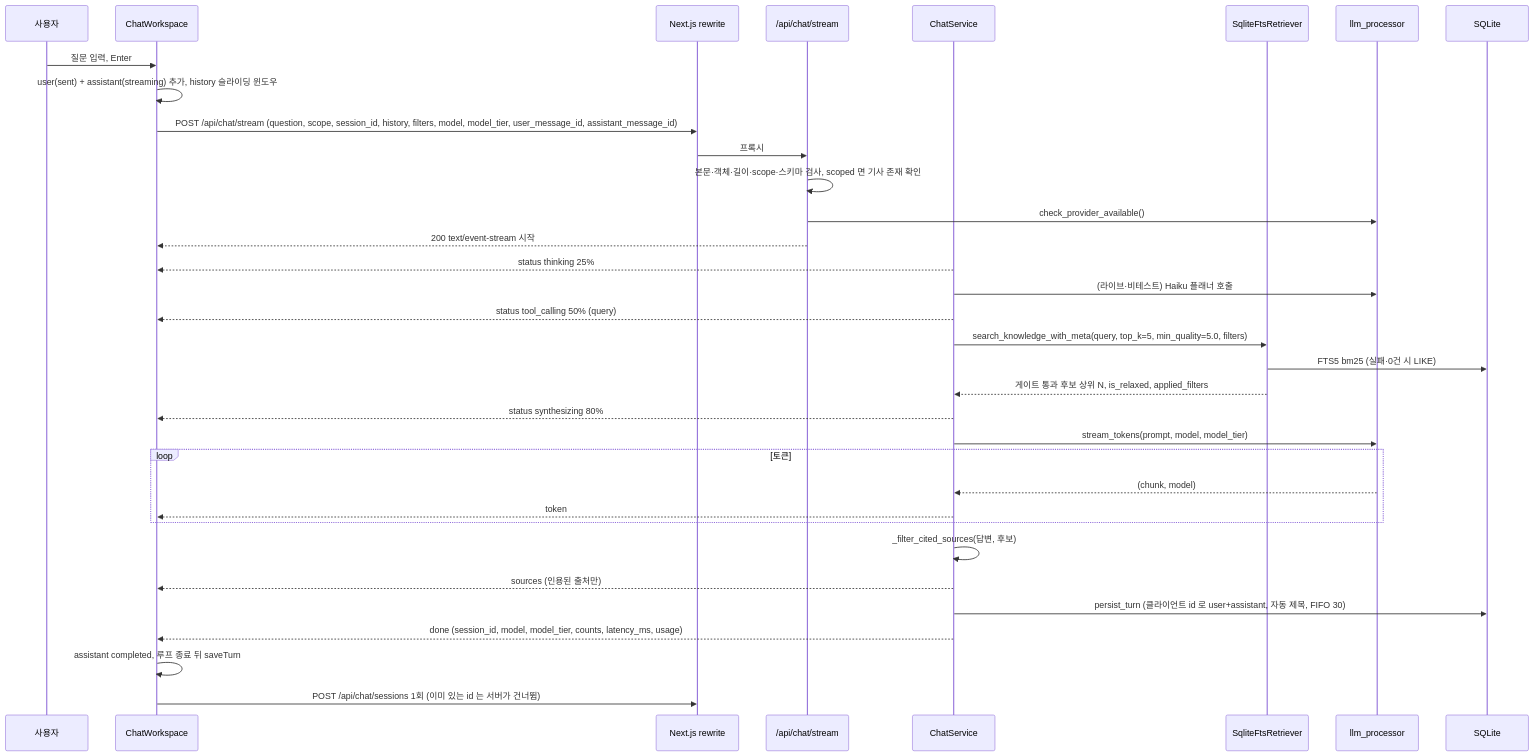
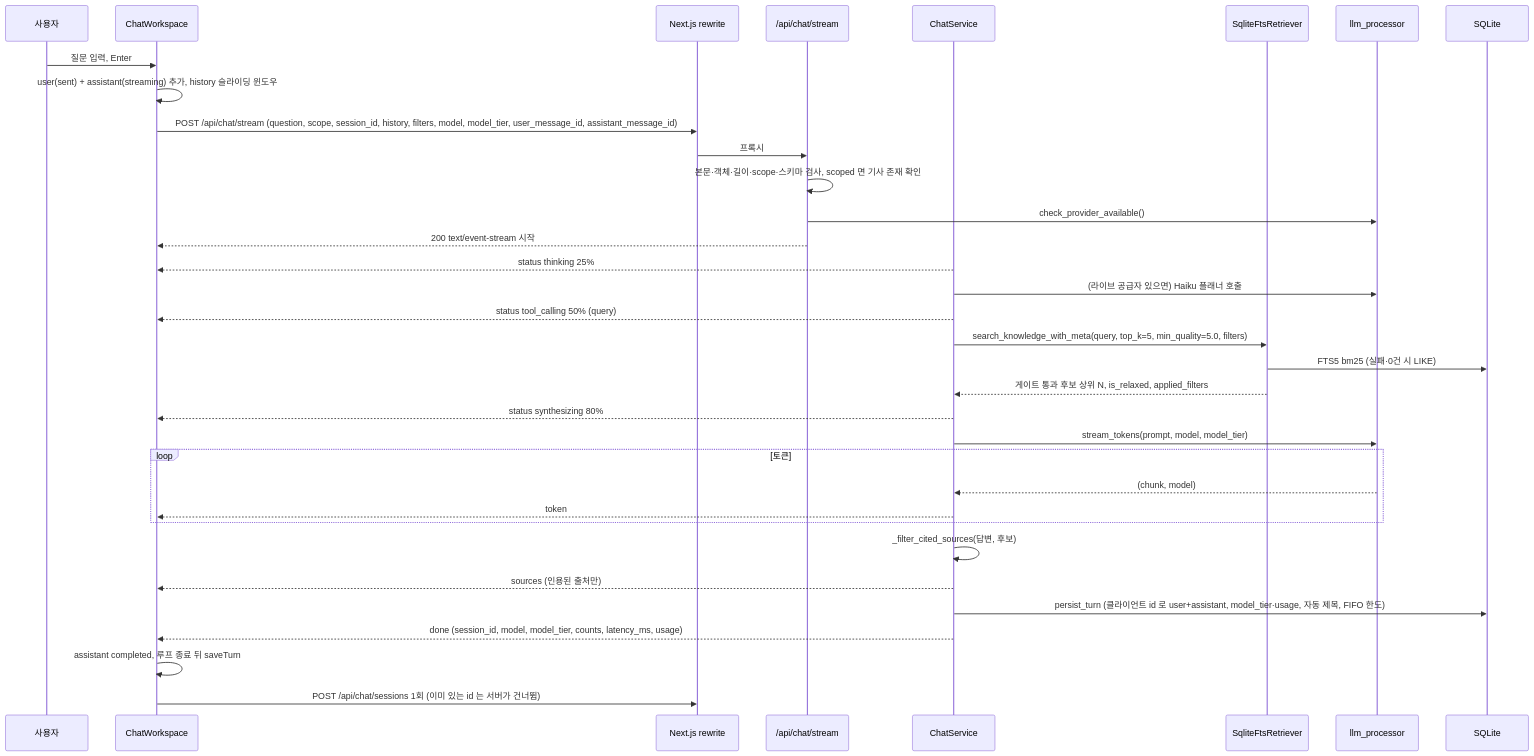
One commit to ozplayground/agent-lens changed diagram 27 of 27 in docs/spec-writer/fsd/02_AI_CHAT_SPECIFICATION.md. Above: the diagram before and after it, drawn with Mermaid. The commit also changed other lines of this file and 216 other files, not shown here.

````diff
--- a/docs/spec-writer/fsd/02_AI_CHAT_SPECIFICATION.md
+++ b/docs/spec-writer/fsd/02_AI_CHAT_SPECIFICATION.md
@@ -1970,37 +1994,37 @@
 ```mermaid
 sequenceDiagram
     participant U as 사용자
     participant W as ChatWorkspace
     participant N as Next.js rewrite
     participant A as /api/chat/stream
     participant S as ChatService
     participant R as SqliteFtsRetriever
     participant L as llm_processor
     participant DB as SQLite
 
     U->>W: 질문 입력, Enter
     W->>W: user(sent) + assistant(streaming) 추가, history 슬라이딩 윈도우
     W->>N: POST /api/chat/stream (question, scope, session_id, history, filters, model, model_tier, user_message_id, assistant_message_id)
     N->>A: 프록시
     A->>A: 본문·객체·길이·scope·스키마 검사, scoped 면 기사 존재 확인
     A->>L: check_provider_available()
     A-->>W: 200 text/event-stream 시작
     S-->>W: status thinking 25%
-    S->>L: (라이브·비테스트) Haiku 플래너 호출
+    S->>L: (라이브 공급자 있으면) Haiku 플래너 호출
     S-->>W: status tool_calling 50% (query)
     S->>R: search_knowledge_with_meta(query, top_k=5, min_quality=5.0, filters)
     R->>DB: FTS5 bm25 (실패·0건 시 LIKE)
     R-->>S: 게이트 통과 후보 상위 N, is_relaxed, applied_filters
     S-->>W: status synthesizing 80%
     S->>L: stream_tokens(prompt, model, model_tier)
     loop 토큰
         L-->>S: (chunk, model)
         S-->>W: token
     end
     S->>S: _filter_cited_sources(답변, 후보)
     S-->>W: sources (인용된 출처만)
-    S->>DB: persist_turn (클라이언트 id 로 user+assistant, 자동 제목, FIFO 30)
+    S->>DB: persist_turn (클라이언트 id 로 user+assistant, model_tier·usage, 자동 제목, FIFO 한도)
     S-->>W: done (session_id, model, model_tier, counts, latency_ms, usage)
     W->>W: assistant completed, 루프 종료 뒤 saveTurn
     W->>N: POST /api/chat/sessions 1회 (이미 있는 id 는 서버가 건너뜀)
 ```
````
